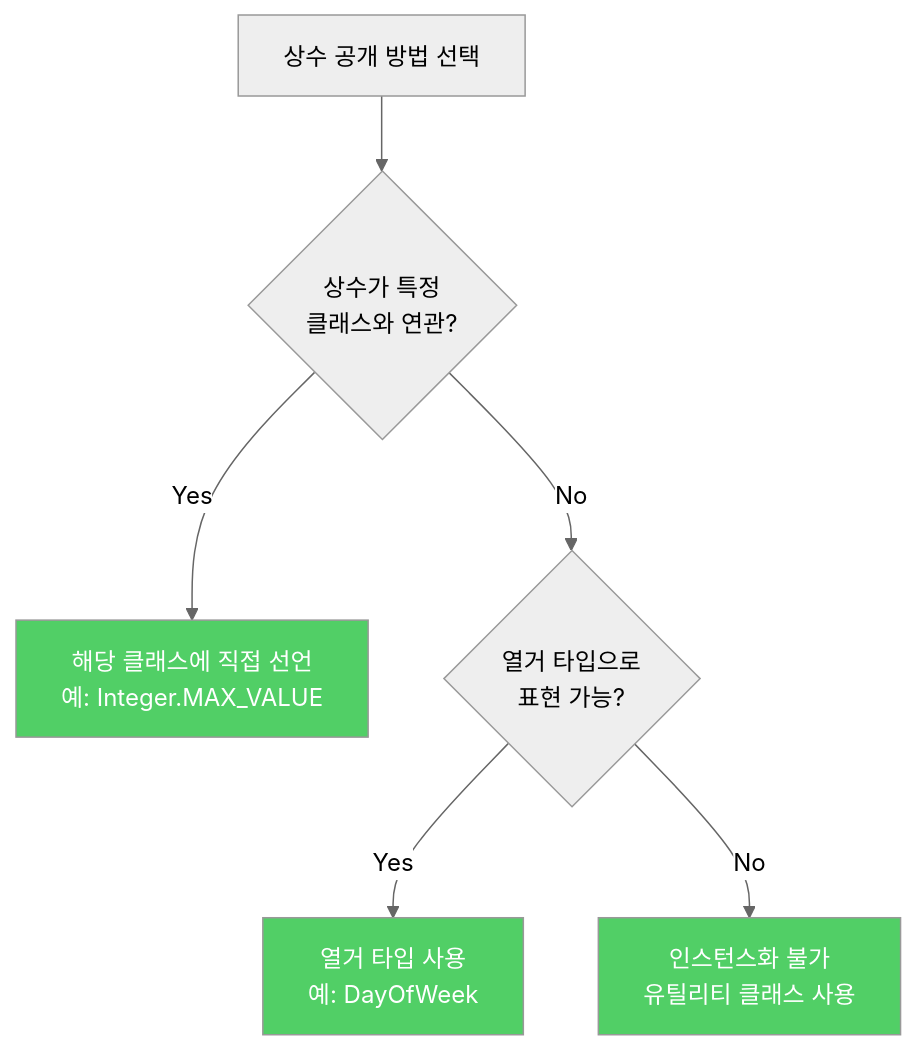
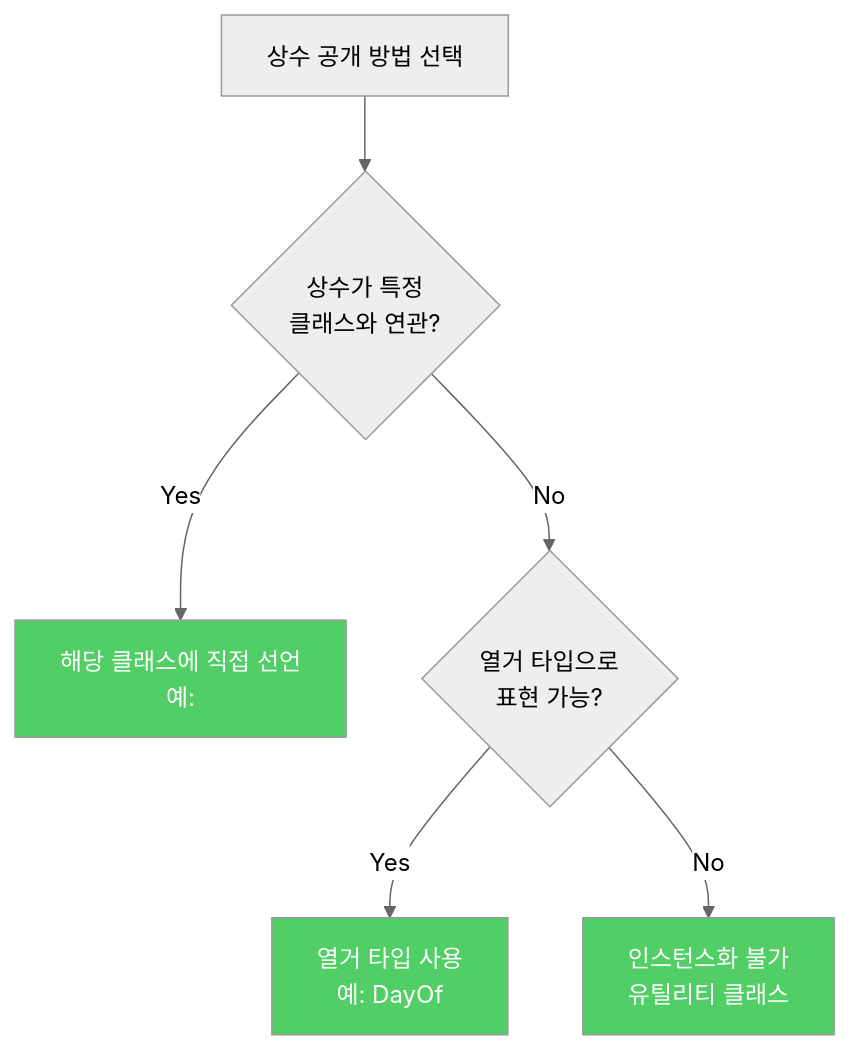
The second of 3 diagrams in _posts/java/2022-01-04-effective-java22.md (yjkim2015/yjkim2015.github.io), drawn with Mermaid (neutral theme) before and after one commit. The commit also changed other lines of this file and 271 other files, not shown here.

First line of the commit message:
Mermaid 라벨 축소: 긴 노드 텍스트 18자 이하로 트림 + \n 제거

````diff
--- a/_posts/java/2022-01-04-effective-java22.md
+++ b/_posts/java/2022-01-04-effective-java22.md
@@ -115,11 +115,11 @@
 ```mermaid
 graph TD
     A["상수 공개 방법 선택"] --> B{"상수가 특정\n클래스와 연관?"}
-    B -->|"Yes"| C["해당 클래스에 직접 선언\n예: Integer.MAX_VALUE"]
+    B -->|"Yes"| C["해당 클래스에 직접 선언\n예:"]
     B -->|"No"| D{"열거 타입으로\n표현 가능?"}
-    D -->|"Yes"| E["열거 타입 사용\n예: DayOfWeek"]
-    D -->|"No"| F["인스턴스화 불가\n유틸리티 클래스 사용"]
+    D -->|"Yes"| E["열거 타입 사용\n예: DayOf"]
+    D -->|"No"| F["인스턴스화 불가\n유틸리티 클래스"]
     style C fill:#51cf66,color:#fff
     style E fill:#51cf66,color:#fff
     style F fill:#51cf66,color:#fff
 ```
````
